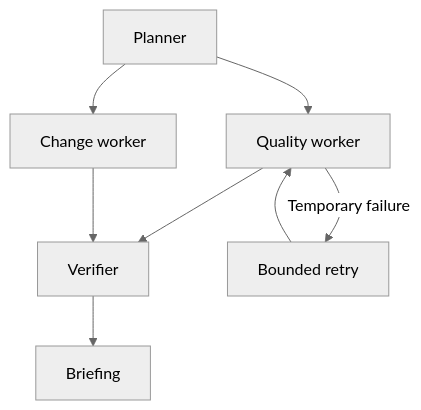
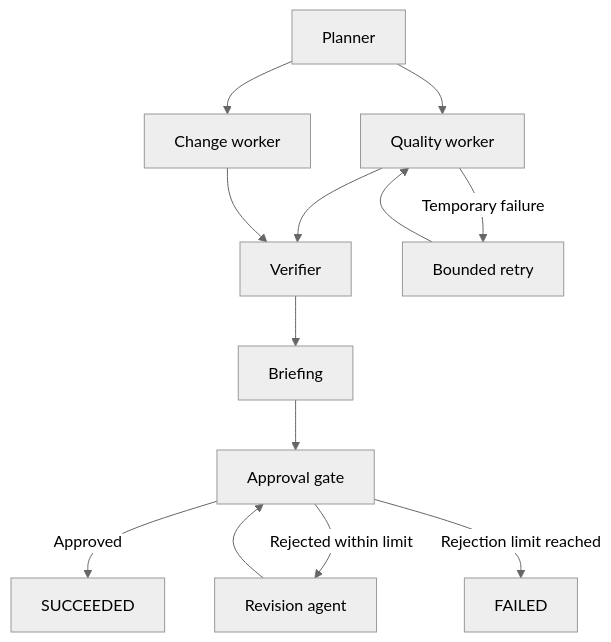
The diagram in README.md (MasterAerol/opscheck-flow), drawn with Mermaid (neutral theme) before and after one commit. The commit also changed other lines of this file and 13 other files, not shown here.

Commit message:
feat: add human approval and revision workflow

````diff
--- a/README.md
+++ b/README.md
@@ -38,10 +38,15 @@
 ```mermaid
 flowchart TD
     P[Planner] --> Q[Quality worker]
     P --> C[Change worker]
     Q --> V[Verifier]
     C --> V
     V --> B[Briefing]
+    B --> G[Approval gate]
+    G -->|Approved| S[SUCCEEDED]
+    G -->|Rejected within limit| H[Revision agent]
+    H --> G
+    G -->|Rejection limit reached| F[FAILED]
     Q -->|Temporary failure| R[Bounded retry]
     R --> Q
 ```
````
